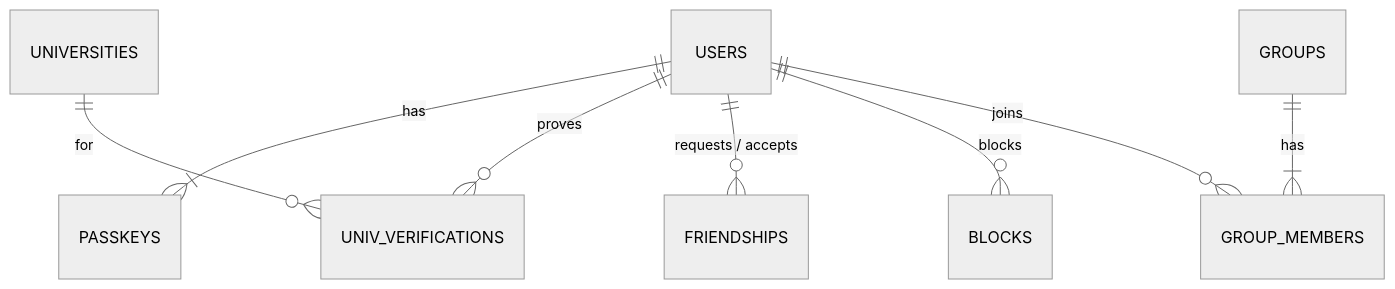
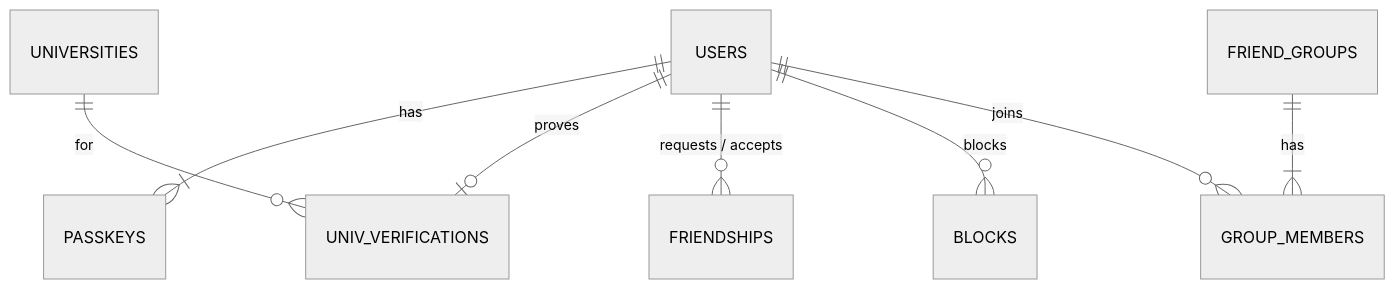
Before and after one commit to tomakura/KomaAwase: the third of 3 diagrams in docs/data-model.md, drawn with Mermaid (neutral theme). The commit also changed other lines of this file and 5 other files, not shown here.

````diff
--- a/docs/data-model.md
+++ b/docs/data-model.md
@@ -66,10 +66,10 @@
 ```mermaid
 erDiagram
   USERS ||--|{ PASSKEYS : has
-  USERS ||--o{ UNIV_VERIFICATIONS : proves
+  USERS ||--o| UNIV_VERIFICATIONS : proves
   UNIVERSITIES ||--o{ UNIV_VERIFICATIONS : for
   USERS ||--o{ FRIENDSHIPS : "requests / accepts"
   USERS ||--o{ BLOCKS : blocks
   USERS ||--o{ GROUP_MEMBERS : joins
-  GROUPS ||--|{ GROUP_MEMBERS : has
+  FRIEND_GROUPS ||--|{ GROUP_MEMBERS : has
 ```
````
